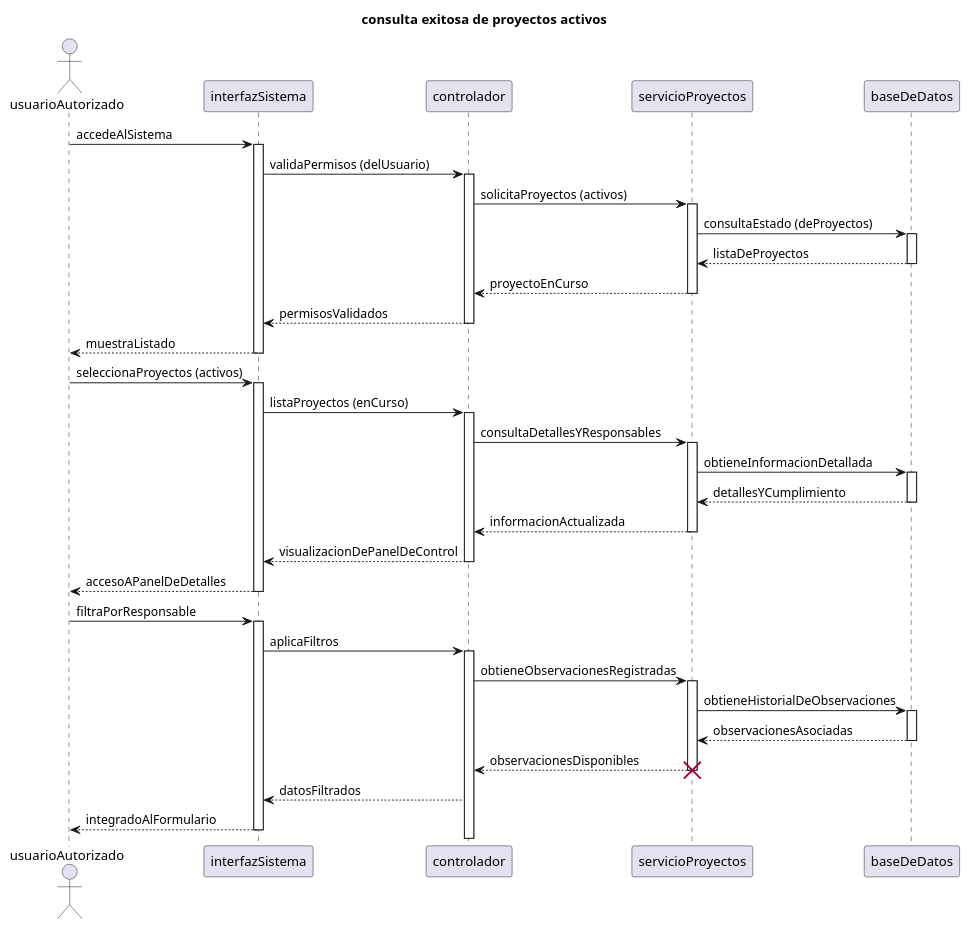
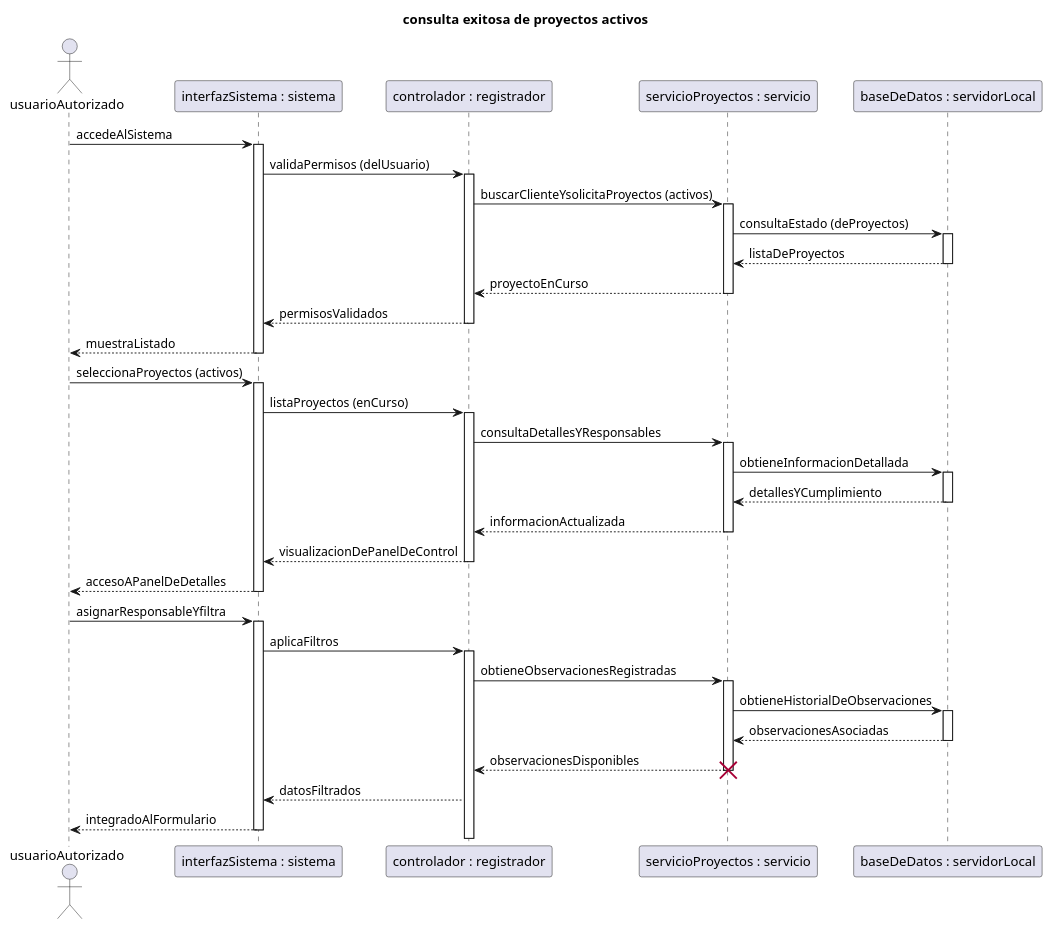
Before and after one commit to 9919-Mili/SistemaProductoraVideos: the diagram in diagramas/05-diagramas-secuencia/05-secuencia-consulta-proyectos-activos-consulta-exitosa-de-proyectos-activos-05.puml, drawn with PlantUML. The commit also changed 9 other files, not shown here.

```diff
--- a/diagramas/05-diagramas-secuencia/05-secuencia-consulta-proyectos-activos-consulta-exitosa-de-proyectos-activos-05.puml
+++ b/diagramas/05-diagramas-secuencia/05-secuencia-consulta-proyectos-activos-consulta-exitosa-de-proyectos-activos-05.puml
@@ -1,68 +1,68 @@
 @startuml 
 title consulta exitosa de proyectos activos
 
 actor usuarioAutorizado
-participant interfazSistema as interfazSistema
-participant controlador as controlador
-participant servicioProyectos as servicioProyectos
-participant baseDeDatos as baseDeDatos
+participant "interfazSistema : sistema" as interfazSistema
+participant "controlador : registrador" as controlador
+participant "servicioProyectos : servicio" as servicioProyectos
+participant "baseDeDatos : servidorLocal" as baseDeDatos
 
 
 usuarioAutorizado -> interfazSistema: accedeAlSistema
 activate interfazSistema
 interfazSistema -> controlador: validaPermisos (delUsuario)
 activate controlador
-controlador -> servicioProyectos: solicitaProyectos (activos) 
+controlador -> servicioProyectos: buscarClienteYsolicitaProyectos (activos) 
 activate servicioProyectos
 servicioProyectos -> baseDeDatos: consultaEstado (deProyectos)
 activate baseDeDatos
 baseDeDatos --> servicioProyectos: listaDeProyectos 
 deactivate baseDeDatos
 servicioProyectos --> controlador: proyectoEnCurso 
 deactivate servicioProyectos
 controlador --> interfazSistema: permisosValidados 
 deactivate controlador
 interfazSistema --> usuarioAutorizado: muestraListado 
 deactivate interfazSistema
 
 usuarioAutorizado -> interfazSistema: seleccionaProyectos (activos)
 activate interfazSistema
 interfazSistema -> controlador: listaProyectos (enCurso)
 activate controlador
 controlador -> servicioProyectos: consultaDetallesYResponsables 
 activate servicioProyectos
 servicioProyectos -> baseDeDatos: obtieneInformacionDetallada 
 activate baseDeDatos
 baseDeDatos --> servicioProyectos: detallesYCumplimiento 
 deactivate baseDeDatos
 servicioProyectos --> controlador: informacionActualizada 
 deactivate servicioProyectos
 controlador --> interfazSistema: visualizacionDePanelDeControl 
 deactivate controlador
 interfazSistema --> usuarioAutorizado: accesoAPanelDeDetalles 
 deactivate interfazSistema
 
-usuarioAutorizado -> interfazSistema: filtraPorResponsable 
+usuarioAutorizado -> interfazSistema: asignarResponsableYfiltra 
 activate interfazSistema
 interfazSistema -> controlador: aplicaFiltros 
 activate controlador
 controlador -> servicioProyectos: obtieneObservacionesRegistradas
 activate servicioProyectos
 servicioProyectos -> baseDeDatos: obtieneHistorialDeObservaciones
 activate baseDeDatos 
 baseDeDatos --> servicioProyectos: observacionesAsociadas 
 deactivate baseDeDatos
 servicioProyectos --> controlador: observacionesDisponibles 
 deactivate servicioProyectos
 destroy servicioProyectos
 controlador --> interfazSistema: datosFiltrados 
 interfazSistema --> usuarioAutorizado: integradoAlFormulario 
 deactivate interfazSistema
 
 
 
 
 
 
 
 @enduml
```
